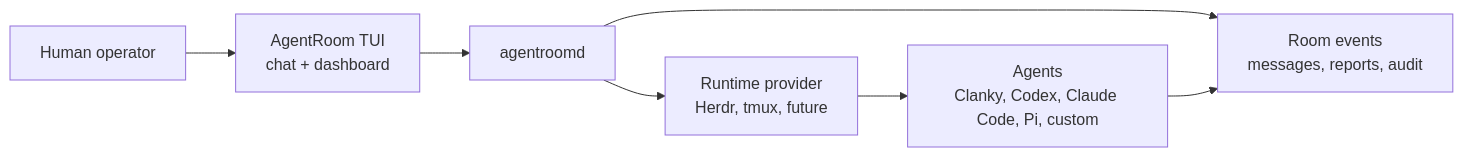
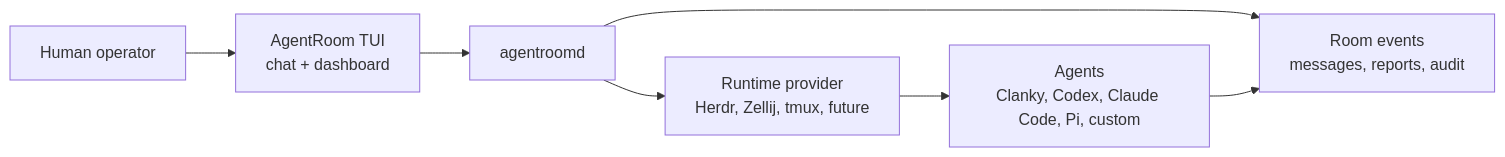
Before and after one commit to Volpestyle/agent-room: the diagram in docs/TUI.md, drawn with Mermaid. The commit also changed other lines of this file and 36 other files, not shown here.

Commit message:
feat: add zellij runtime support

````diff
--- a/docs/TUI.md
+++ b/docs/TUI.md
@@ -87,16 +88,16 @@
 ```mermaid
 flowchart LR
   human["Human operator"]
   tui["AgentRoom TUI<br/>chat + dashboard"]
   daemon["agentroomd"]
   room["Room events<br/>messages, reports, audit"]
-  runtime["Runtime provider<br/>Herdr, tmux, future"]
+  runtime["Runtime provider<br/>Herdr, Zellij, tmux, future"]
   agents["Agents<br/>Clanky, Codex, Claude Code, Pi, custom"]
 
   human --> tui
   tui --> daemon
   daemon --> room
   daemon --> runtime
   runtime --> agents
   agents --> room
 ```
````
